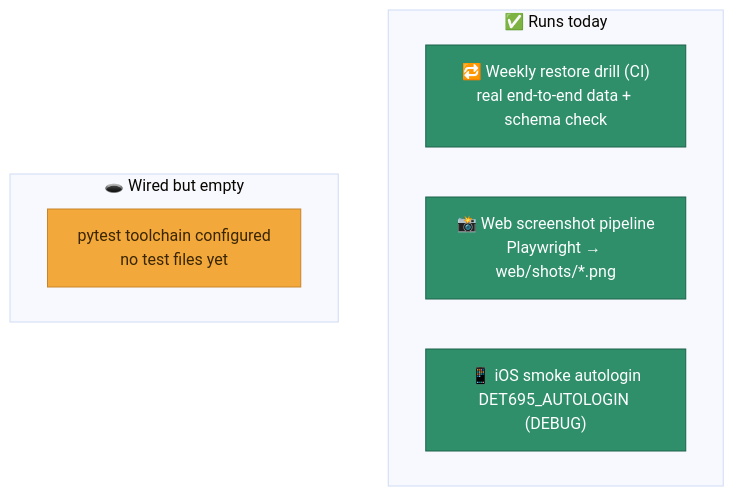
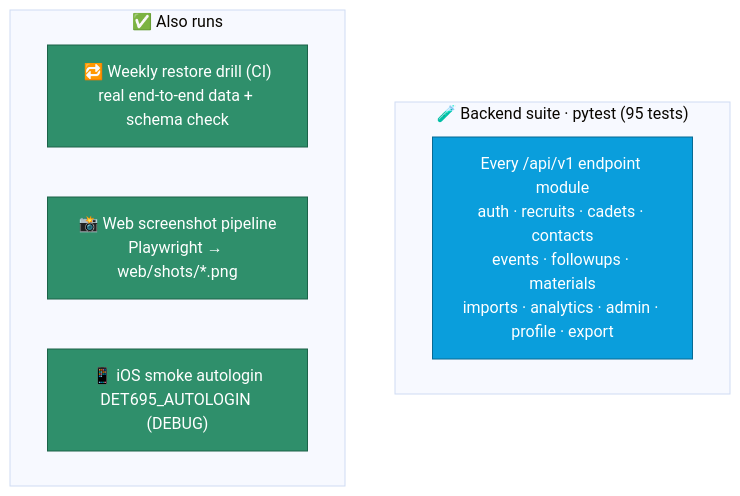
One commit to drewdog88/afrotc-native-ios changed the diagram in wiki/Testing.md. Above: the diagram before and after it, drawn with Mermaid (base theme). The commit also changed other lines of this file and 7 other files, not shown here.

First line of the commit message:
Add backend tests for 6 endpoint modules; sync wiki to reality

````diff
--- a/wiki/Testing.md
+++ b/wiki/Testing.md
@@ -15,16 +15,16 @@
 ```mermaid
 flowchart TD
-    subgraph now["✅ Runs today"]
+    subgraph api["🧪 Backend suite · pytest (95 tests)"]
+        UNIT["Every /api/v1 endpoint module<br>auth · recruits · cadets · contacts<br>events · followups · materials<br>imports · analytics · admin · profile · export"]
+    end
+    subgraph now["✅ Also runs"]
         DRILL["🔁 Weekly restore drill (CI)<br>real end-to-end data + schema check"]
         SHOTS["📸 Web screenshot pipeline<br>Playwright → web/shots/*.png"]
         SMOKE["📱 iOS smoke autologin<br>DET695_AUTOLOGIN (DEBUG)"]
     end
-    subgraph soon["🕳️ Wired but empty"]
-        PYTEST["pytest toolchain configured<br>no test files yet"]
-    end
 
     classDef ok fill:#2f8f6b,stroke:#1c6349,color:#ffffff
-    classDef gap fill:#f2a83b,stroke:#c9852a,color:#3a2600
+    classDef test fill:#0A9EDC,stroke:#076a94,color:#ffffff
+    class UNIT test
     class DRILL,SHOTS,SMOKE ok
-    class PYTEST gap
 ```
````
